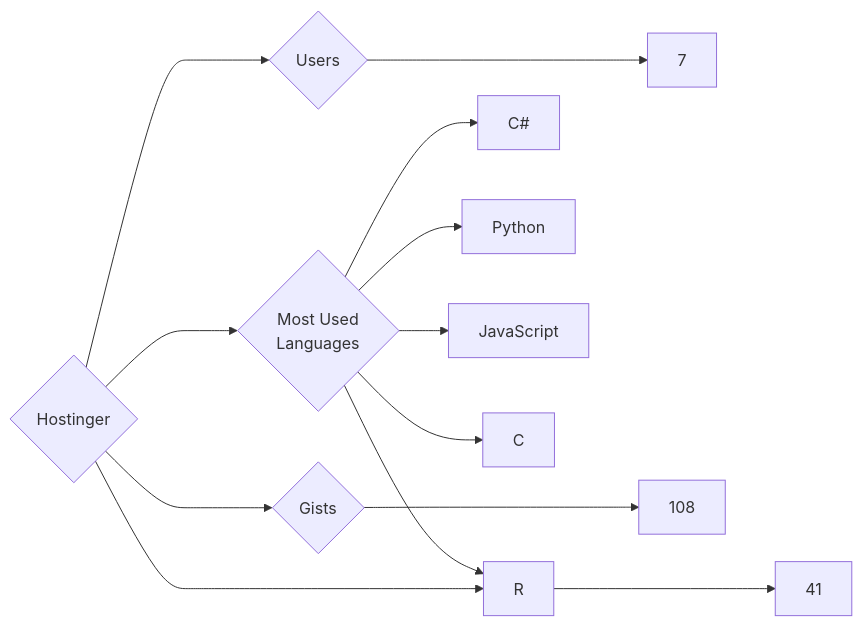
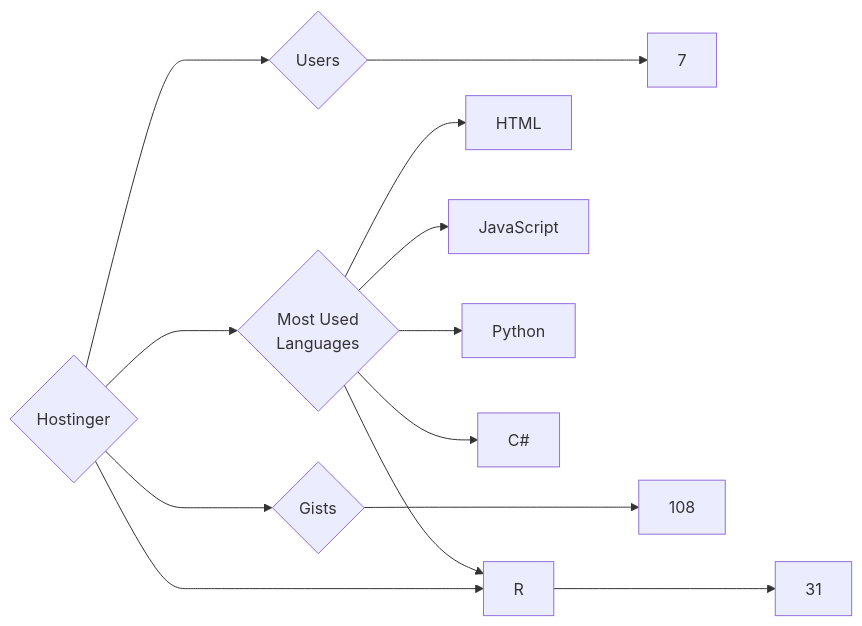
Before and after one commit to trickest/insiders: the diagram in targets/Hostinger/README.md, drawn with Mermaid. The commit also changed 1170 other files, not shown here.

````diff
--- a/targets/Hostinger/README.md
+++ b/targets/Hostinger/README.md
@@ -3,13 +3,13 @@
 ```mermaid
 graph LR
 COMPANY_NAME{Hostinger}
 COMPANY_NAME ---> U{Users} ---> UN[7]
-COMPANY_NAME ---> R{Repositories} ---> RN[41]
+COMPANY_NAME ---> R{Repositories} ---> RN[31]
 COMPANY_NAME ---> G{Gists} ---> GN[108]
 COMPANY_NAME ---> ML{Most Used<br>Languages}
-ML --> C#[C#]
-ML --> Python[Python]
+ML --> HTML[HTML]
 ML --> R[R]
 ML --> JavaScript[JavaScript]
-ML --> C[C]
+ML --> Python[Python]
+ML --> C#[C#]
 ```
````
